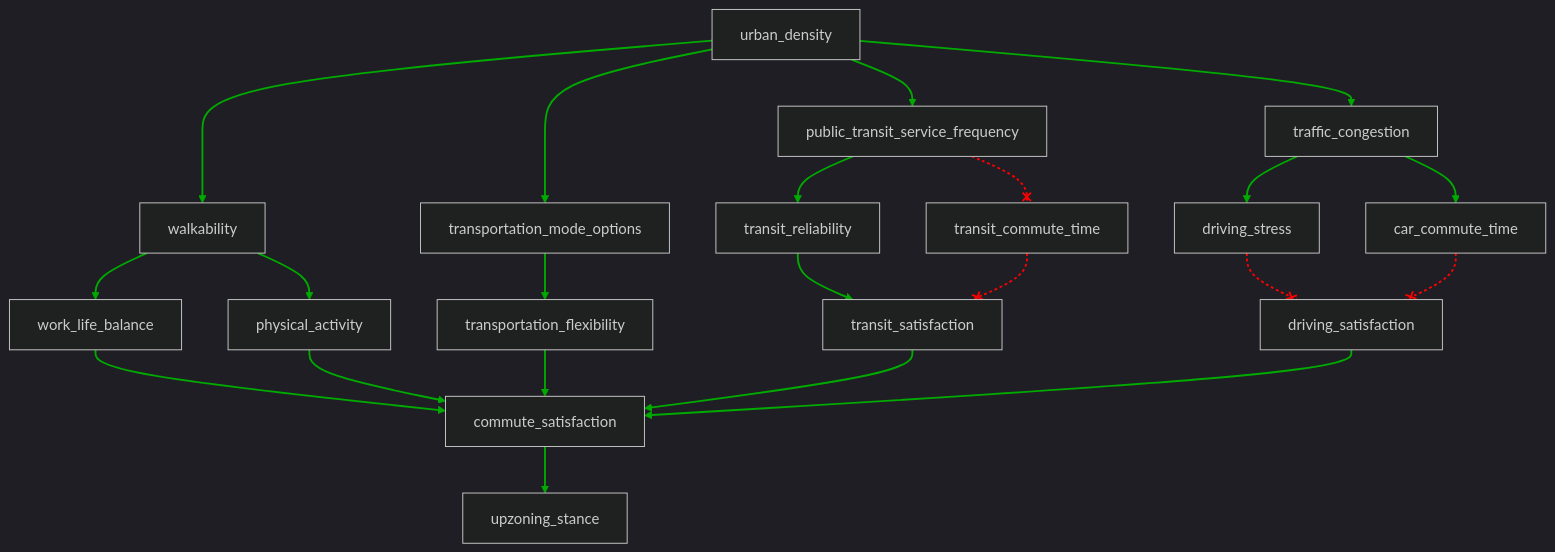
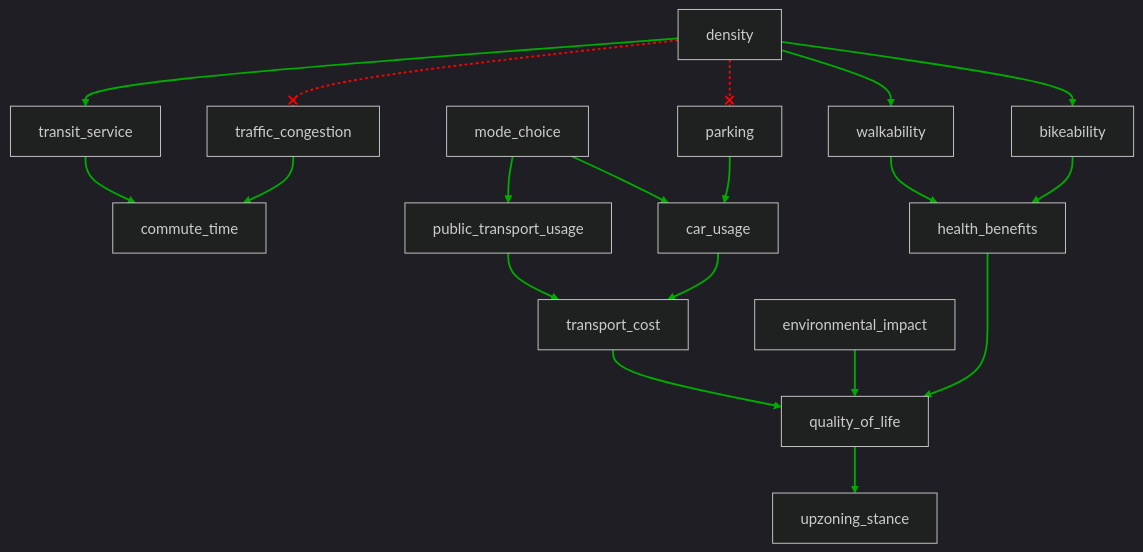
One commit to jajamoa/generative-minds changed the diagram in data/samples_scm/sample_3.mmd. Above: the diagram before and after it, drawn with Mermaid (dark theme). The commit also changed 115 other files, not shown here.

````diff
--- a/data/samples_scm/sample_3.mmd
+++ b/data/samples_scm/sample_3.mmd
@@ -1,63 +1,54 @@
 ```mermaid
 flowchart TD
-    n1[urban_density]
-    n2[public_transit_service_frequency]
-    n3[traffic_congestion]
-    n4[walkability]
-    n5[transportation_mode_options]
-    n6[transit_reliability]
-    n7[transit_commute_time]
-    n8[driving_stress]
-    n9[car_commute_time]
-    n10[work_life_balance]
-    n11[physical_activity]
-    n12[transportation_flexibility]
-    n13[transit_satisfaction]
-    n14[driving_satisfaction]
-    n15[commute_satisfaction]
-    n16[upzoning_stance]
-    
-    n1 --> n2
-    n1 --> n3
-    n1 --> n4
-    n1 --> n5
-    n2 --> n6
-    n2 --x n7
-    n3 --> n8
-    n3 --> n9
-    n4 --> n10
-    n4 --> n11
-    n5 --> n12
-    n6 --> n13
-    n7 --x n13
-    n8 --x n14
-    n9 --x n14
-    n10 --> n15
-    n11 --> n15
-    n12 --> n15
-    n13 --> n15
-    n14 --> n15
-    n15 --> n16
-    
-    linkStyle 0 stroke:#00AA00,stroke-width:2px
-    linkStyle 1 stroke:#00AA00,stroke-width:2px
-    linkStyle 2 stroke:#00AA00,stroke-width:2px
-    linkStyle 3 stroke:#00AA00,stroke-width:2px
-    linkStyle 4 stroke:#00AA00,stroke-width:2px
-    linkStyle 5 stroke:#FF0000,stroke-dasharray:3,stroke-width:2px
-    linkStyle 6 stroke:#00AA00,stroke-width:2px
-    linkStyle 7 stroke:#00AA00,stroke-width:2px
-    linkStyle 8 stroke:#00AA00,stroke-width:2px
-    linkStyle 9 stroke:#00AA00,stroke-width:2px
-    linkStyle 10 stroke:#00AA00,stroke-width:2px
-    linkStyle 11 stroke:#00AA00,stroke-width:2px
-    linkStyle 12 stroke:#FF0000,stroke-dasharray:3,stroke-width:2px
-    linkStyle 13 stroke:#FF0000,stroke-dasharray:3,stroke-width:2px
-    linkStyle 14 stroke:#FF0000,stroke-dasharray:3,stroke-width:2px
-    linkStyle 15 stroke:#00AA00,stroke-width:2px
-    linkStyle 16 stroke:#00AA00,stroke-width:2px
-    linkStyle 17 stroke:#00AA00,stroke-width:2px
-    linkStyle 18 stroke:#00AA00,stroke-width:2px
-    linkStyle 19 stroke:#00AA00,stroke-width:2px
-    linkStyle 20 stroke:#00AA00,stroke-width:2px
-``` 
+n1[density]
+n2[transit_service]
+n3[traffic_congestion]
+n4[commute_time]
+n5[mode_choice]
+n6[walkability]
+n7[bikeability]
+n8[parking]
+n9[public_transport_usage]
+n10[car_usage]
+n11[transport_cost]
+n12[environmental_impact]
+n13[health_benefits]
+n14[quality_of_life]
+n15[upzoning_stance]
+n1 --> n2
+n1 --x n3
+n1 --> n6
+n1 --> n7
+n1 --x n8
+n2 --> n4
+n3 --> n4
+n5 --> n9
+n5 --> n10
+n6 --> n13
+n7 --> n13
+n8 --> n10
+n9 --> n11
+n10 --> n11
+n11 --> n14
+n12 --> n14
+n13 --> n14
+n14 --> n15
+linkStyle 0 stroke:#00AA00,stroke-width:2px
+linkStyle 1 stroke:#FF0000,stroke-dasharray:3,stroke-width:2px
+linkStyle 2 stroke:#00AA00,stroke-width:2px
+linkStyle 3 stroke:#00AA00,stroke-width:2px
+linkStyle 4 stroke:#FF0000,stroke-dasharray:3,stroke-width:2px
+linkStyle 5 stroke:#00AA00,stroke-width:2px
+linkStyle 6 stroke:#00AA00,stroke-width:2px
+linkStyle 7 stroke:#00AA00,stroke-width:2px
+linkStyle 8 stroke:#00AA00,stroke-width:2px
+linkStyle 9 stroke:#00AA00,stroke-width:2px
+linkStyle 10 stroke:#00AA00,stroke-width:2px
+linkStyle 11 stroke:#00AA00,stroke-width:2px
+linkStyle 12 stroke:#00AA00,stroke-width:2px
+linkStyle 13 stroke:#00AA00,stroke-width:2px
+linkStyle 14 stroke:#00AA00,stroke-width:2px
+linkStyle 15 stroke:#00AA00,stroke-width:2px
+linkStyle 16 stroke:#00AA00,stroke-width:2px
+linkStyle 17 stroke:#00AA00,stroke-width:2px
+```
````
